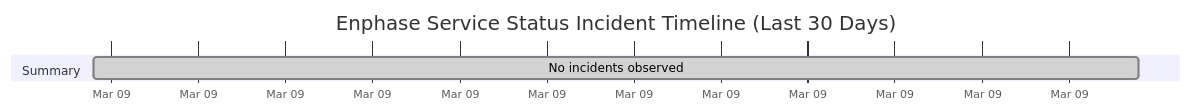
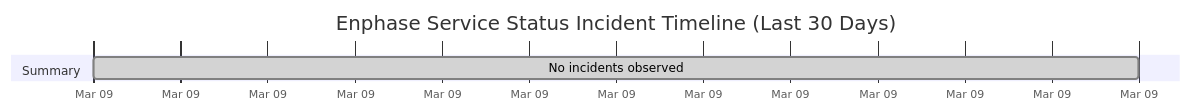
One commit to barneyonline/ha-enphase-ev-charger changed the diagram in wiki/Service-Status-History.md. Above: the diagram before and after it, drawn with Mermaid. The commit also changed other lines of this file and 3 other files, not shown here.

````diff
--- a/wiki/Service-Status-History.md
+++ b/wiki/Service-Status-History.md
@@ -14,8 +14,8 @@
 ```mermaid
 gantt
     title Enphase Service Status Incident Timeline (Last 30 Days)
     dateFormat  YYYY-MM-DDTHH:mm:ss
     axisFormat  %b %d
     section Summary
-    No incidents observed :done, 2026-03-09T18:39:04, 1m
+    No incidents observed :done, 2026-03-09T19:34:00, 1m
 ```
````
